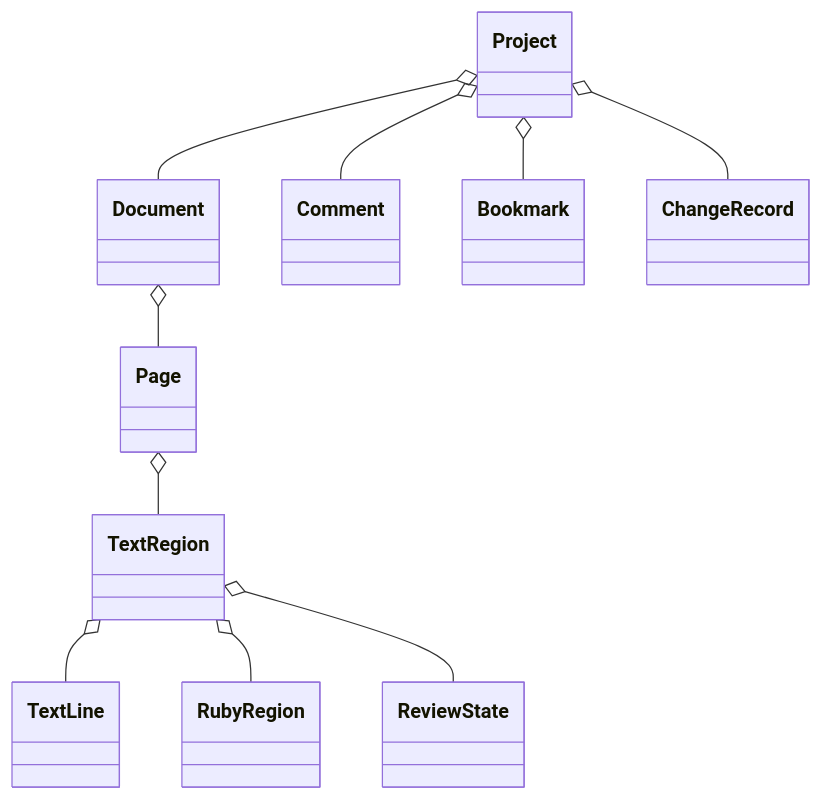
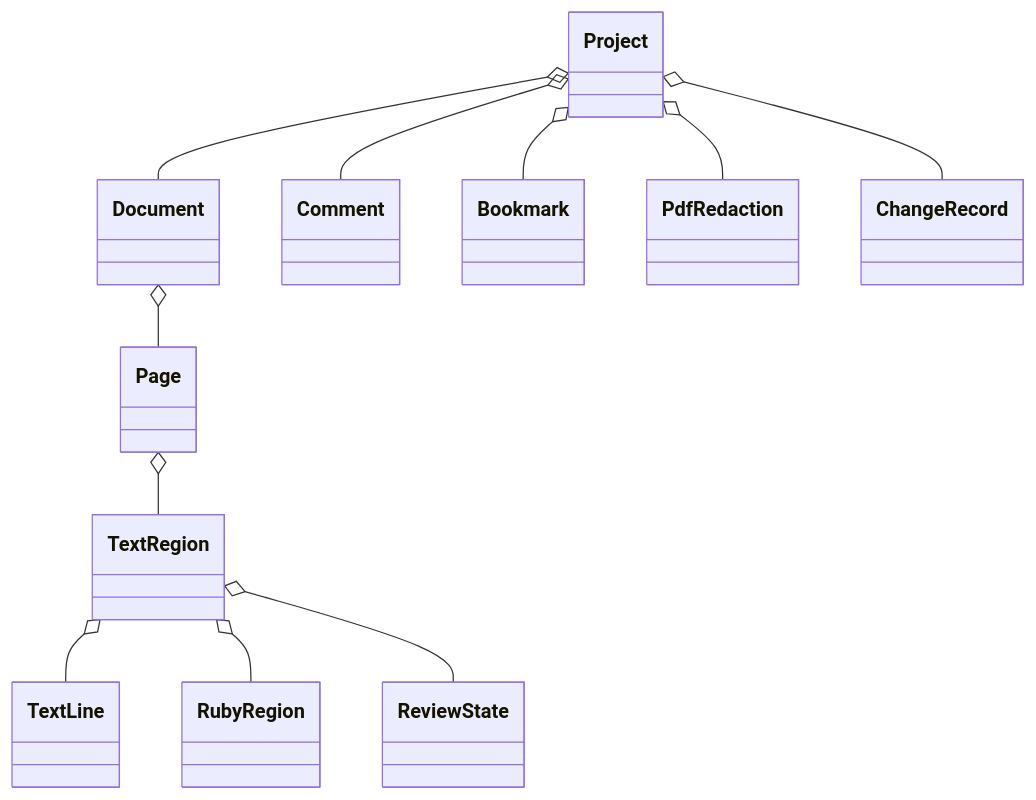
The diagram in outputs/PdfCorrectorium-Documentation/docs/05_DataModel/05-01_DataModel.md (Katsu2013/PDF-Correctorium), drawn with Mermaid before and after one commit. The commit also changed other lines of this file and 58 other files, not shown here.

````diff
--- a/outputs/PdfCorrectorium-Documentation/docs/05_DataModel/05-01_DataModel.md
+++ b/outputs/PdfCorrectorium-Documentation/docs/05_DataModel/05-01_DataModel.md
@@ -21,12 +22,13 @@
 ```mermaid
 classDiagram
   Project o-- Document
   Document o-- Page
   Page o-- TextRegion
   TextRegion o-- TextLine
   TextRegion o-- RubyRegion
   TextRegion o-- ReviewState
   Project o-- Comment
   Project o-- Bookmark
+  Project o-- PdfRedaction
   Project o-- ChangeRecord
 ```
````
